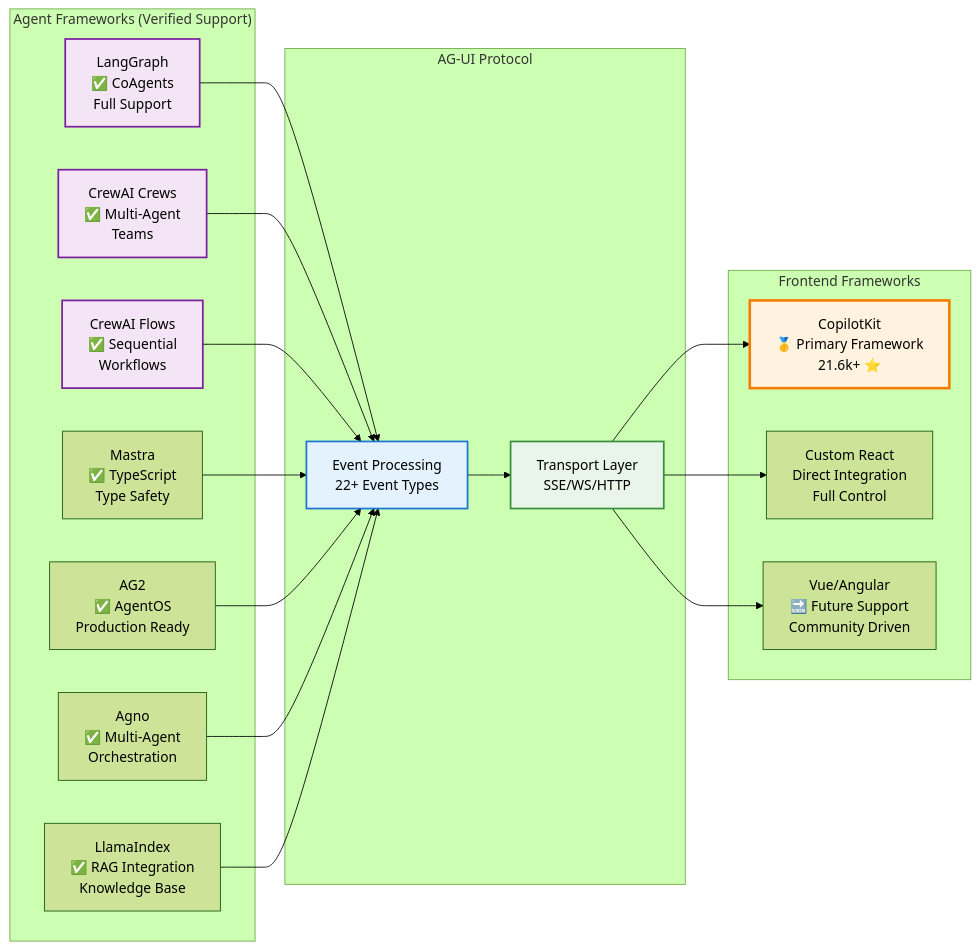
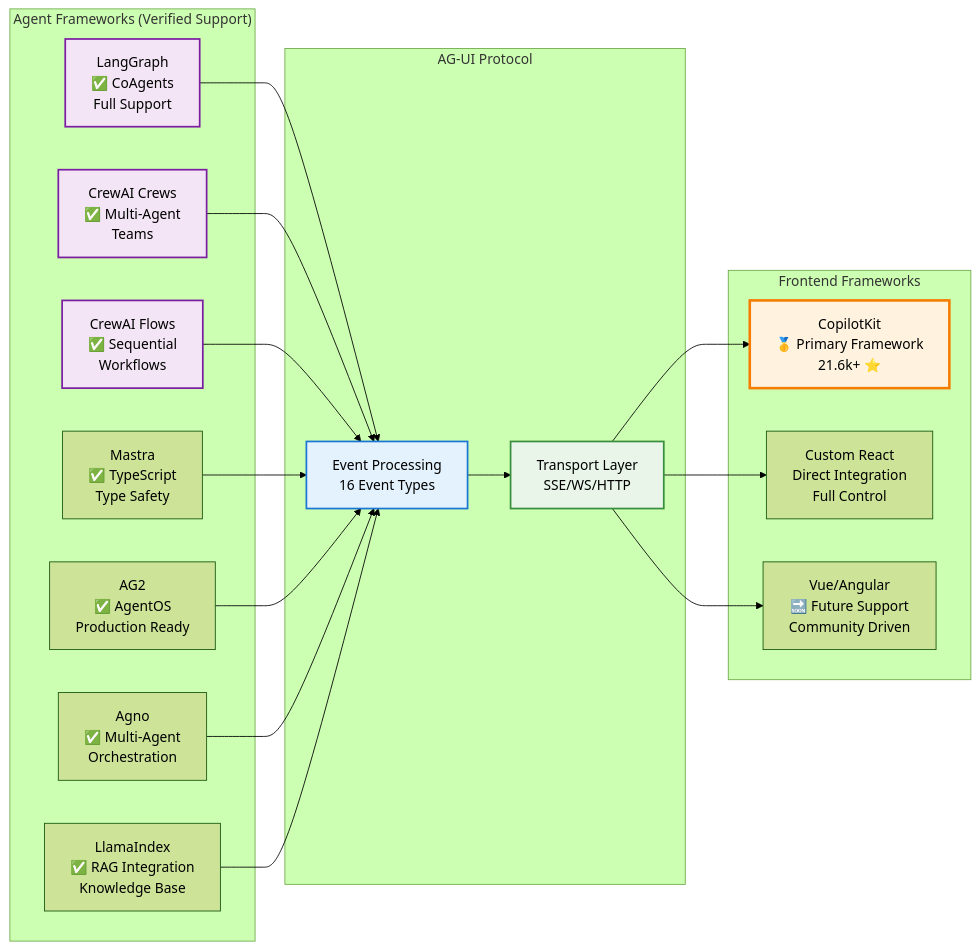
The fifth of 9 diagrams in 33_ag_ui.md (raphaelmansuy/tutorials), drawn with Mermaid (forest theme) before and after one commit. The commit also changed other lines of this file, not shown here.

````diff
--- a/33_ag_ui.md
+++ b/33_ag_ui.md
@@ -250,43 +250,43 @@
 ```mermaid
 flowchart LR
     subgraph "Agent Frameworks (Verified Support)"
         A[LangGraph<br/>✅ CoAgents<br/>Full Support]
         B[CrewAI Crews<br/>✅ Multi-Agent<br/>Teams]
         C[CrewAI Flows<br/>✅ Sequential<br/>Workflows]
         D[Mastra<br/>✅ TypeScript<br/>Type Safety]
         E[AG2<br/>✅ AgentOS<br/>Production Ready]
         F[Agno<br/>✅ Multi-Agent<br/>Orchestration]
         G[LlamaIndex<br/>✅ RAG Integration<br/>Knowledge Base]
     end
     
     subgraph "AG-UI Protocol"
-        H[Event Processing<br/>22+ Event Types]
+        H[Event Processing<br/>16 Event Types]
         I[Transport Layer<br/>SSE/WS/HTTP]
     end
     
     subgraph "Frontend Frameworks"
         J[CopilotKit<br/>🥇 Primary Framework<br/>21.6k+ ⭐]
         K[Custom React<br/>Direct Integration<br/>Full Control]
         L[Vue/Angular<br/>🔜 Future Support<br/>Community Driven]
     end
     
     A --> H
     B --> H
     C --> H
     D --> H
     E --> H
     F --> H
     G --> H
     
     H --> I
     I --> J
     I --> K
     I --> L
     
     style H fill:#e3f2fd,stroke:#1976d2,stroke-width:2px
     style I fill:#e8f5e8,stroke:#388e3c,stroke-width:2px
     style J fill:#fff3e0,stroke:#f57c00,stroke-width:3px
     style A fill:#f3e5f5,stroke:#7b1fa2,stroke-width:2px
     style B fill:#f3e5f5,stroke:#7b1fa2,stroke-width:2px
     style C fill:#f3e5f5,stroke:#7b1fa2,stroke-width:2px
 ```
````
